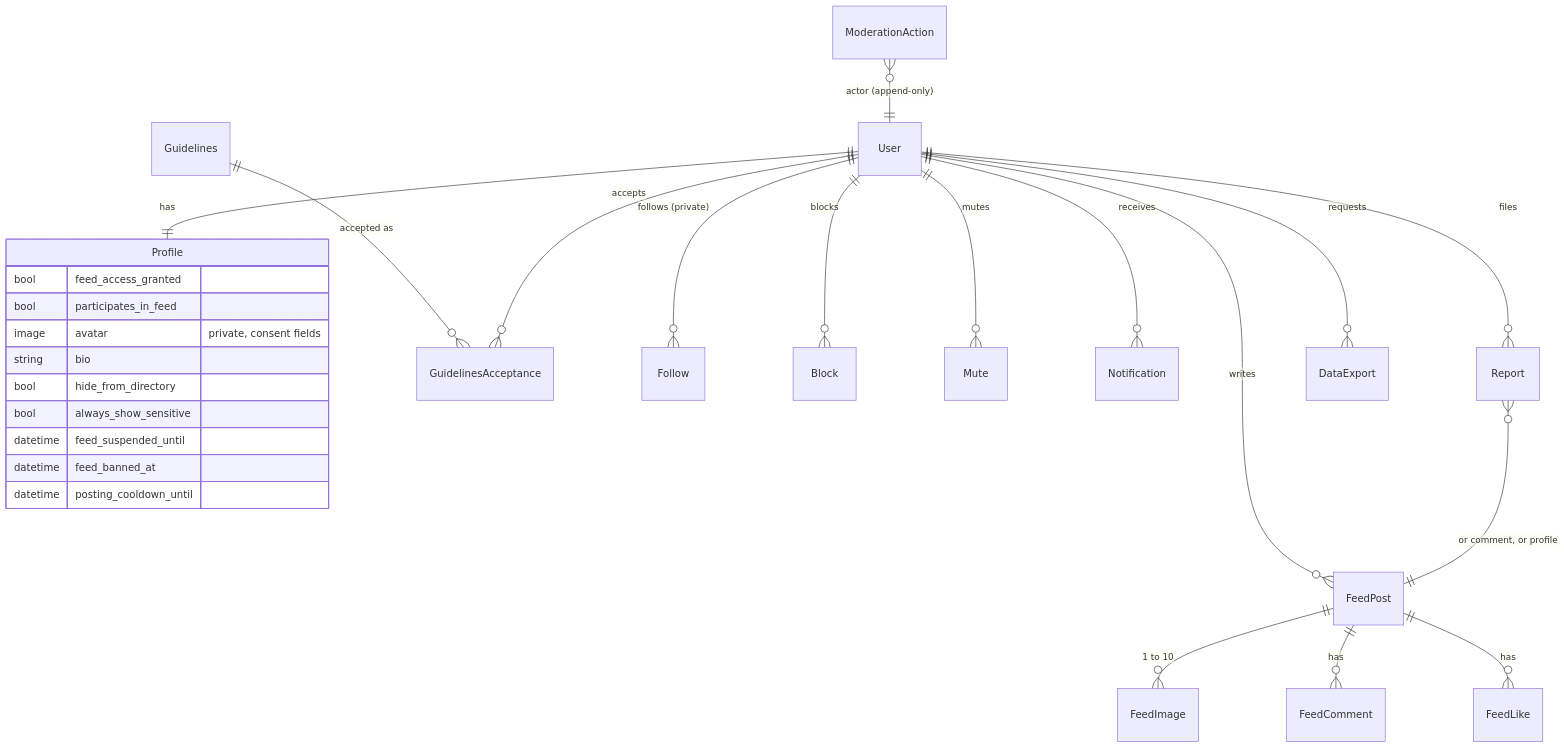
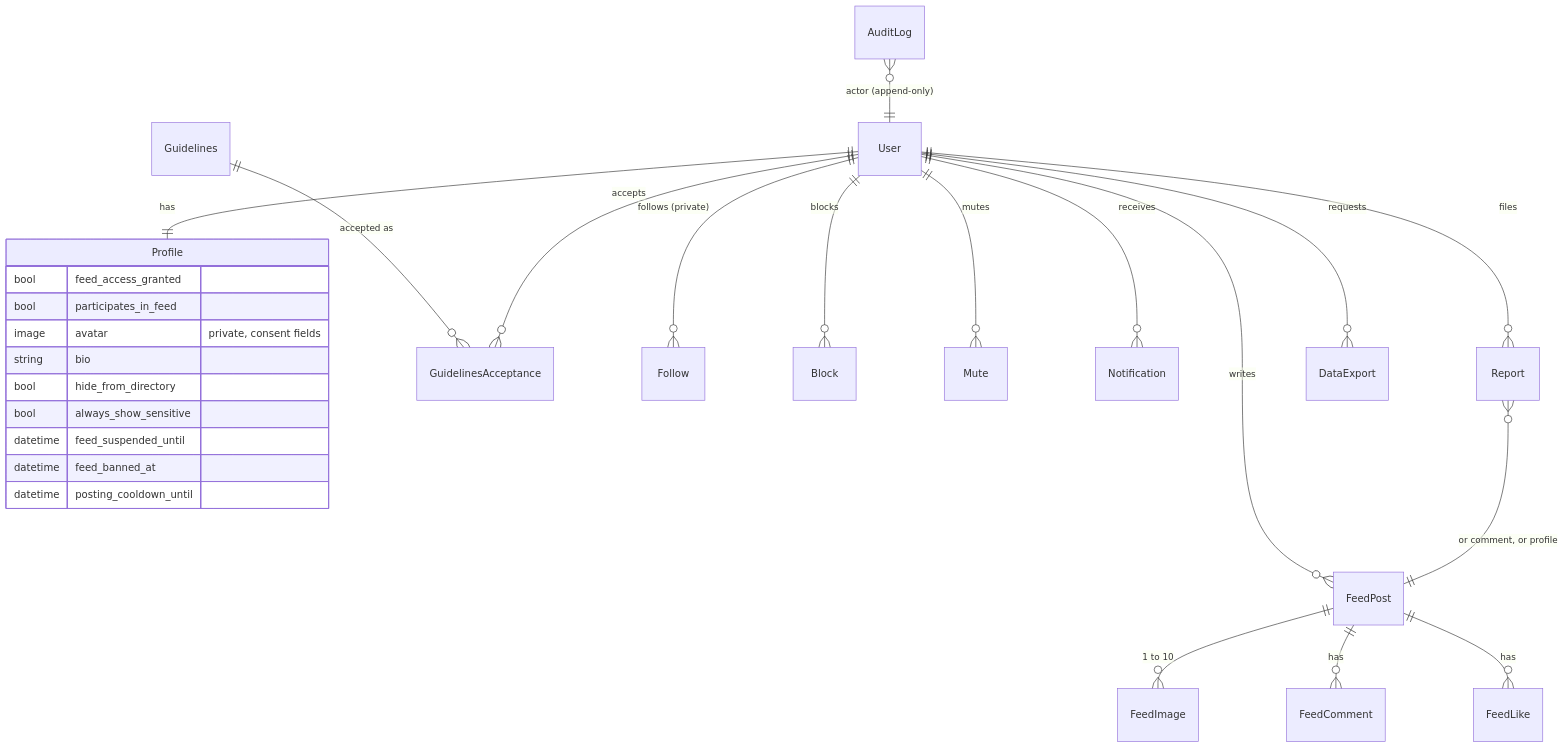
Before and after one commit to degarmo/rose: the second of 4 diagrams in docs/architecture.md, drawn with Mermaid. The commit also changed other lines of this file and 5 other files, not shown here.

````diff
--- a/docs/architecture.md
+++ b/docs/architecture.md
@@ -91,29 +99,29 @@
 ```mermaid
 erDiagram
     User ||--|| Profile : has
     Profile {
         bool feed_access_granted
         bool participates_in_feed
         image avatar "private, consent fields"
         string bio
         bool hide_from_directory
         bool always_show_sensitive
         datetime feed_suspended_until
         datetime feed_banned_at
         datetime posting_cooldown_until
     }
     Guidelines ||--o{ GuidelinesAcceptance : "accepted as"
     User ||--o{ GuidelinesAcceptance : accepts
     User ||--o{ FeedPost : writes
     FeedPost ||--o{ FeedImage : "1 to 10"
     FeedPost ||--o{ FeedComment : has
     FeedPost ||--o{ FeedLike : has
     User ||--o{ Follow : "follows (private)"
     User ||--o{ Block : blocks
     User ||--o{ Mute : mutes
     User ||--o{ Notification : receives
     User ||--o{ Report : files
     Report }o--|| FeedPost : "or comment, or profile"
-    ModerationAction }o--|| User : "actor (append-only)"
+    AuditLog }o--|| User : "actor (append-only)"
     User ||--o{ DataExport : requests
 ```
````
